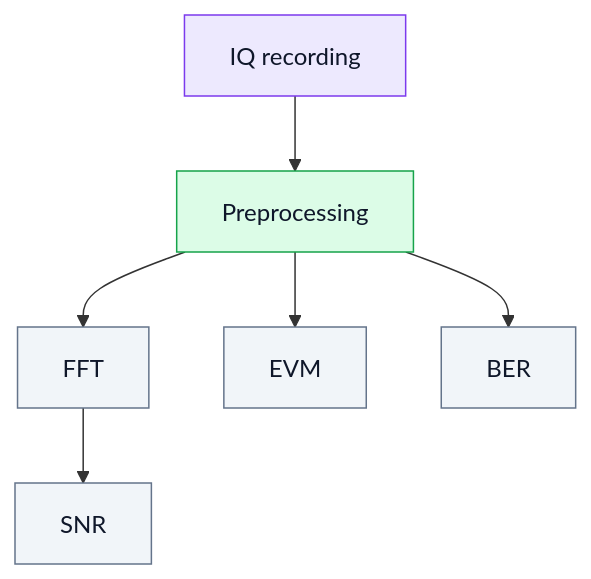
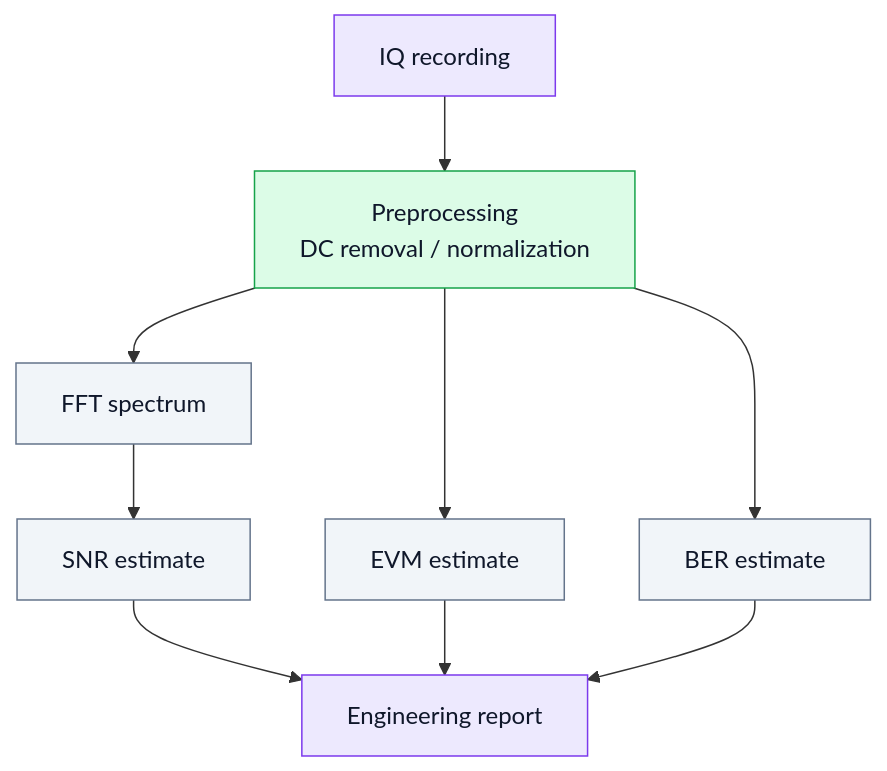
One commit to Lay007/zynq-sdr-course changed the diagram in blocks/block_01_intro_sdr/15_signal_metrics_en.md. Above: the diagram before and after it, drawn with Mermaid. The commit also changed other lines of this file and 35 other files, not shown here.

````diff
--- a/blocks/block_01_intro_sdr/15_signal_metrics_en.md
+++ b/blocks/block_01_intro_sdr/15_signal_metrics_en.md
@@ -23,17 +23,18 @@
 ```mermaid
 flowchart TB
-    classDef data fill:#EDE9FE,color:#0F172A,stroke:#7C3AED;
-    classDef metric fill:#F1F5F9,color:#0F172A,stroke:#64748B;
-    classDef dsp fill:#DCFCE7,color:#0F172A,stroke:#16A34A;
+    classDef data fill:#EDE9FE,color:#0F172A,stroke:#7C3AED,stroke-width:1px;
+    classDef metric fill:#F1F5F9,color:#0F172A,stroke:#64748B,stroke-width:1px;
+    classDef dsp fill:#DCFCE7,color:#0F172A,stroke:#16A34A,stroke-width:1px;
 
     IQ["IQ recording"]:::data
-    PRE["Preprocessing"]:::dsp
-    FFT["FFT"]:::metric
-    SNR["SNR"]:::metric
-    EVM["EVM"]:::metric
-    BER["BER"]:::metric
+    PRE["Preprocessing<br/>DC removal / normalization"]:::dsp
+    FFT["FFT spectrum"]:::metric
+    SNR["SNR estimate"]:::metric
+    EVM["EVM estimate"]:::metric
+    BER["BER estimate"]:::metric
+    REPORT["Engineering report"]:::data
 
-    IQ --> PRE --> FFT --> SNR
-    PRE --> EVM
-    PRE --> BER
+    IQ --> PRE --> FFT --> SNR --> REPORT
+    PRE --> EVM --> REPORT
+    PRE --> BER --> REPORT
 ```
````
